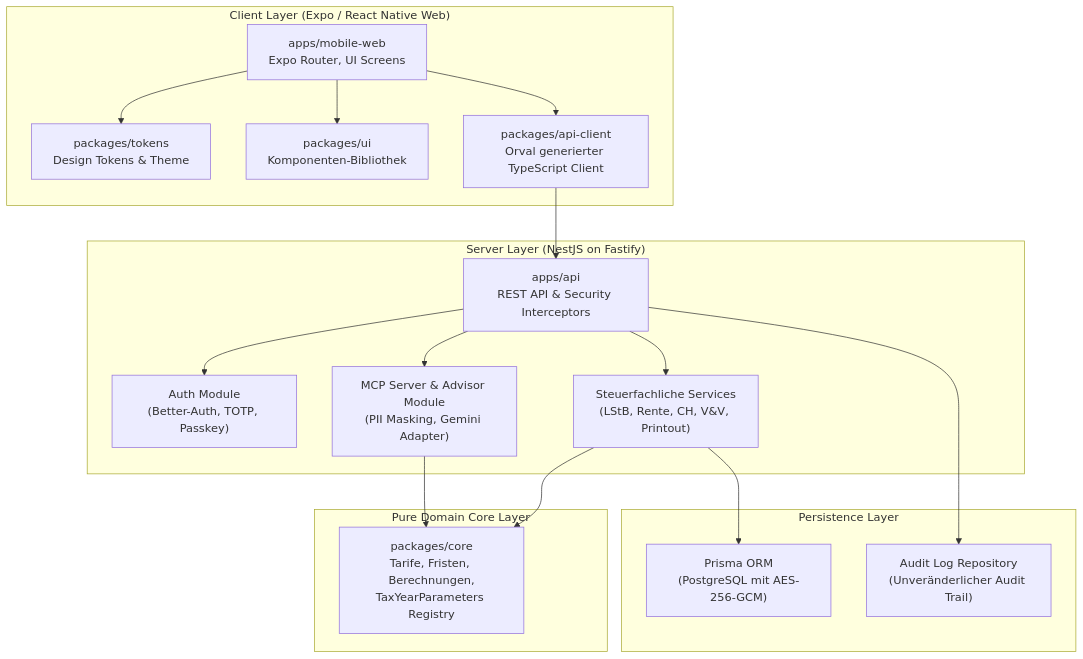
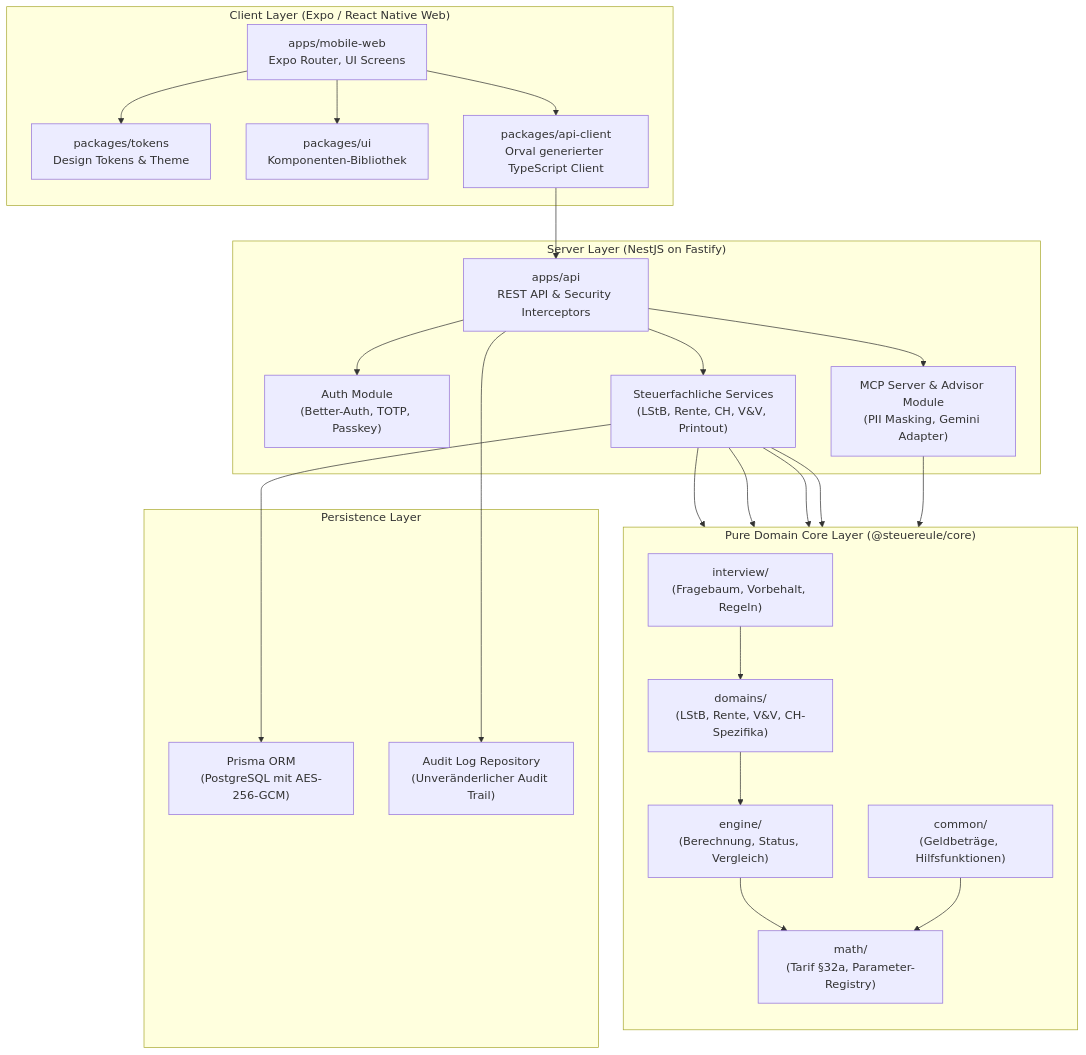
Before and after one commit to NexusHero/Steuereule: the second of 5 diagrams in docs/architecture.md, drawn with Mermaid. The commit also changed other lines of this file and 165 other files, not shown here.

````diff
--- a/docs/architecture.md
+++ b/docs/architecture.md
@@ -128,39 +128,52 @@
 ```mermaid
 flowchart TD
   subgraph Frontend ["Client Layer (Expo / React Native Web)"]
     WebClient["apps/mobile-web\nExpo Router, UI Screens"]
     TokensPkg["packages/tokens\nDesign Tokens & Theme"]
     UIPkg["packages/ui\nKomponenten-Bibliothek"]
     ApiClient["packages/api-client\nOrval generierter TypeScript Client"]
   end
 
   subgraph Backend ["Server Layer (NestJS on Fastify)"]
     API["apps/api\nREST API & Security Interceptors"]
     AuthModule["Auth Module\n(Better-Auth, TOTP, Passkey)"]
     CoreService["Steuerfachliche Services\n(LStB, Rente, CH, V&V, Printout)"]
     McpModule["MCP Server & Advisor Module\n(PII Masking, Gemini Adapter)"]
   end
 
-  subgraph SharedCore ["Pure Domain Core Layer"]
-    CorePkg["packages/core\nTarife, Fristen, Berechnungen,\nTaxYearParameters Registry"]
+  subgraph SharedCore ["Pure Domain Core Layer (@steuereule/core)"]
+    direction TB
+    InterviewCore["interview/\n(Fragebaum, Vorbehalt, Regeln)"]
+    DomainsCore["domains/\n(LStB, Rente, V&V, CH-Spezifika)"]
+    EngineCore["engine/\n(Berechnung, Status, Vergleich)"]
+    MathCore["math/\n(Tarif §32a, Parameter-Registry)"]
+    CommonCore["common/\n(Geldbeträge, Hilfsfunktionen)"]
+
+    InterviewCore --> DomainsCore
+    DomainsCore --> EngineCore
+    EngineCore --> MathCore
+    CommonCore --> MathCore
   end
 
   subgraph Persistence ["Persistence Layer"]
     PrismaDB["Prisma ORM\n(PostgreSQL mit AES-256-GCM)"]
     AuditDB["Audit Log Repository\n(Unveränderlicher Audit Trail)"]
   end
 
   WebClient --> ApiClient
   WebClient --> TokensPkg
   WebClient --> UIPkg
   ApiClient --> API
 
   API --> AuthModule
   API --> CoreService
   API --> McpModule
 
-  CoreService --> CorePkg
-  McpModule --> CorePkg
+  CoreService --> InterviewCore
+  CoreService --> DomainsCore
+  CoreService --> EngineCore
+  CoreService --> MathCore
+  McpModule --> InterviewCore
   CoreService --> PrismaDB
   API --> AuditDB
 ```
````
